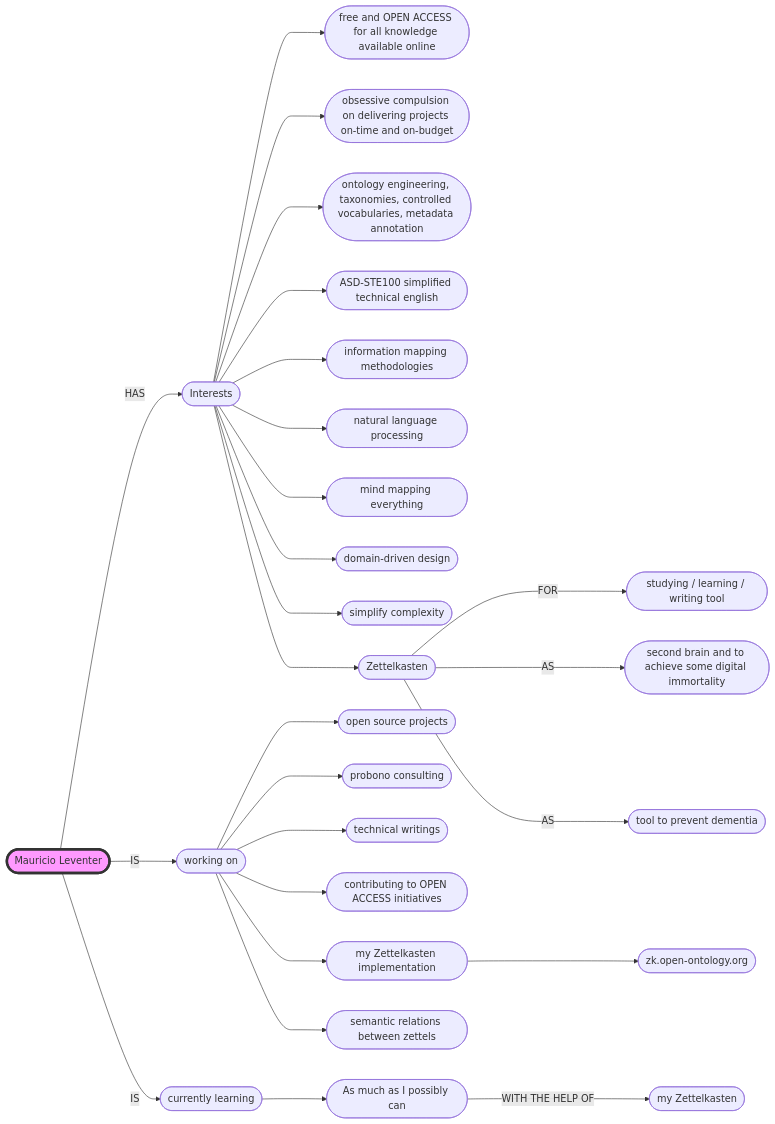
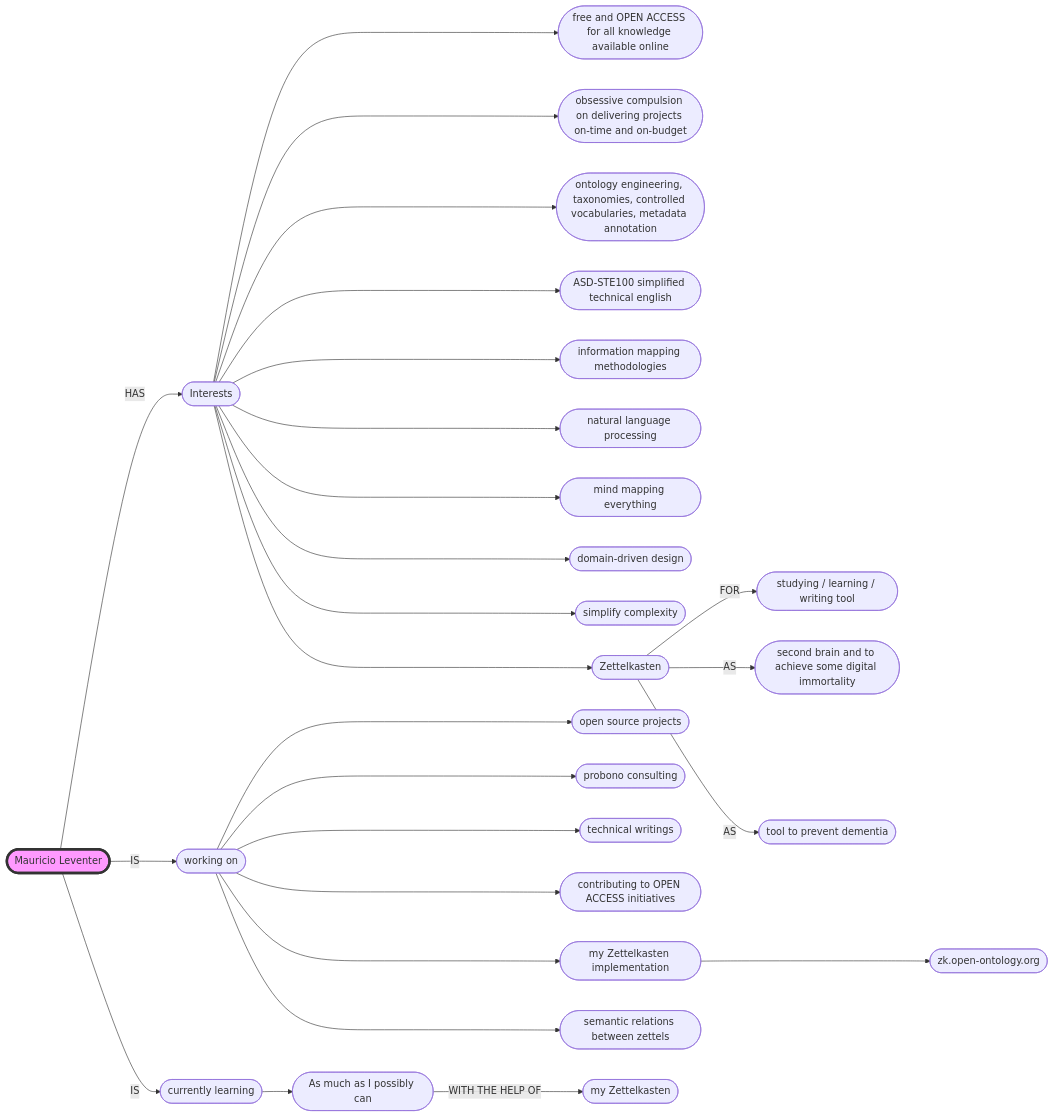
One commit to mleventer/mleventer changed the diagram in README.md. Above: the diagram before and after it, drawn with Mermaid.

````diff
--- a/README.md
+++ b/README.md
@@ -4,29 +4,29 @@
 ```mermaid
 flowchart LR
     A([Mauricio Leventer]) -->|HAS| B([Interests])
     B ---> I1([free and OPEN ACCESS for all knowledge available online])
     B ---> I2([obsessive compulsion on delivering projects on-time and on-budget])
     B ---> I3([ontology engineering, taxonomies, controlled vocabularies, metadata annotation])
     B ---> I4([ASD-STE100 simplified technical english])
     B ---> I5([information mapping methodologies])
     B ---> I6([natural language processing])
     B ---> I7([mind mapping everything]) 
     B ---> I8([domain-driven design]) 
     B ---> I9([simplify complexity]) 
     B ---> J([Zettelkasten])
-    J --->|FOR| J1([studying / learning / writing tool]) 
-    J --->|AS| J2([second brain and to achieve some digital immortality]) 
-    J --->|AS| J3([tool to prevent dementia])
+    J -->|FOR| J1([studying / learning / writing tool]) 
+    J -->|AS| J2([second brain and to achieve some digital immortality]) 
+    J -->|AS| J3([tool to prevent dementia])
     A -->|IS| C([working on])
     C ---> C1([open source projects])
     C ---> C2([probono consulting])
     C ---> C3([technical writings])
     C ---> C4([contributing to OPEN ACCESS initiatives])
     C ---> H([my Zettelkasten implementation])
     H ---> H1([zk.open-ontology.org])
     C ---> H2([semantic relations between zettels])
     A -->|IS| D([currently learning])
-    D ---> D1([As much as I possibly can])
-    D1 --->|WITH THE HELP OF| D2([my Zettelkasten])
+    D --> D1([As much as I possibly can])
+    D1 -->|WITH THE HELP OF| D2([my Zettelkasten])
     style A fill:#f9f,stroke:#333,stroke-width:4px
 ```
````
